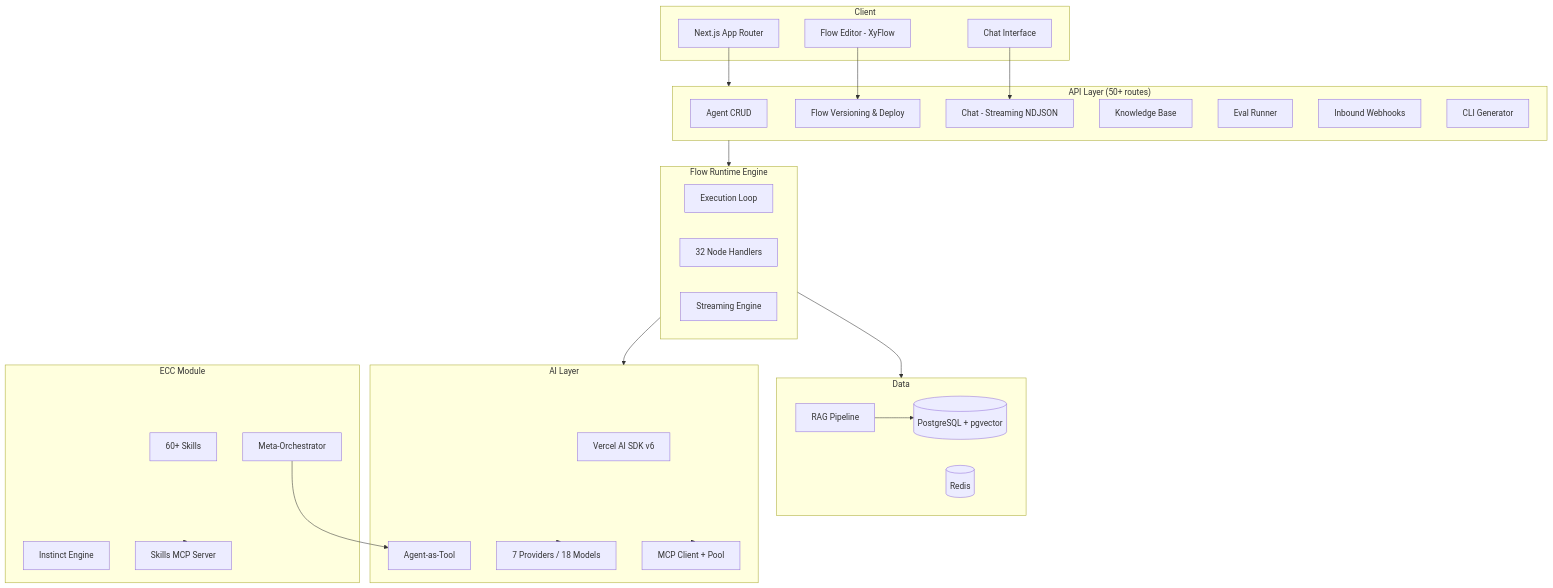
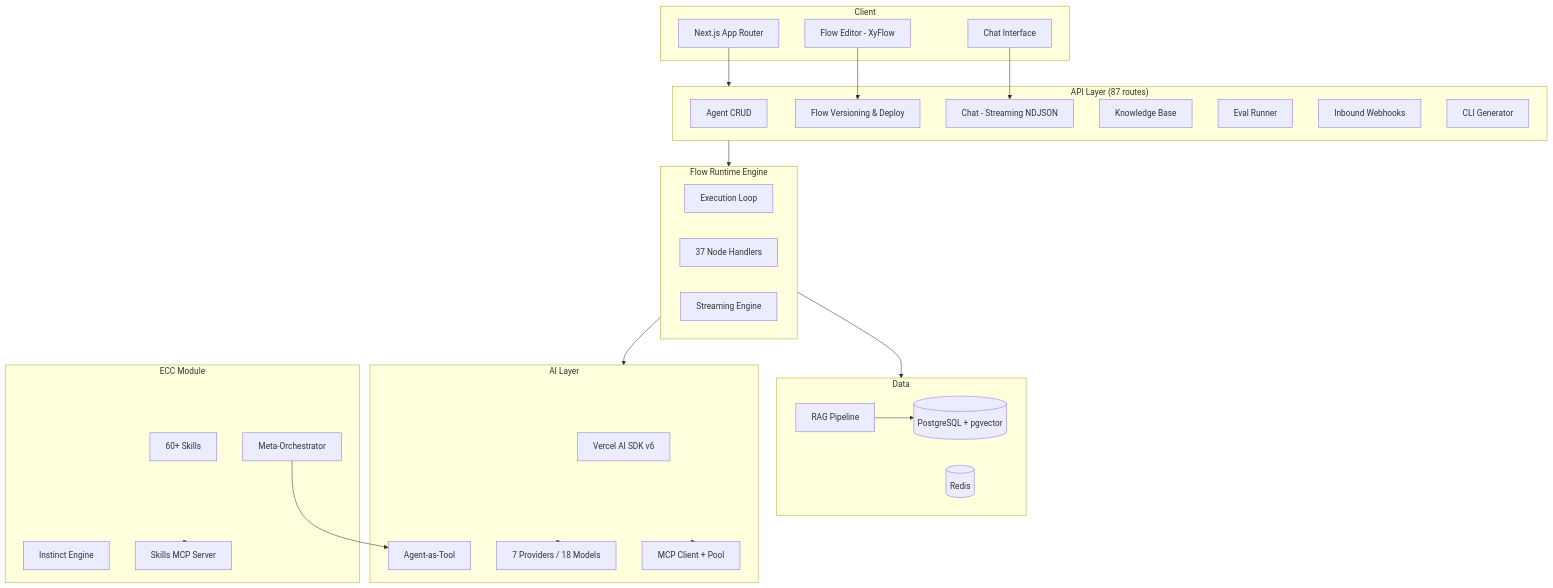
The diagram in README.md (webdevcom01-cell/agent-studio), drawn with Mermaid before and after one commit. The commit also changed other lines of this file, not shown here.

````diff
--- a/README.md
+++ b/README.md
@@ -64,56 +65,56 @@
 ```mermaid
 graph TB
     subgraph Client
         UI[Next.js App Router]
         FE[Flow Editor - XyFlow]
         Chat[Chat Interface]
     end
 
-    subgraph API["API Layer (50+ routes)"]
+    subgraph API["API Layer (87 routes)"]
         Agents[Agent CRUD]
         FlowAPI[Flow Versioning & Deploy]
         ChatAPI[Chat - Streaming NDJSON]
         KBAPI[Knowledge Base]
         Evals[Eval Runner]
         Webhooks[Inbound Webhooks]
         CLI[CLI Generator]
     end
 
     subgraph Runtime["Flow Runtime Engine"]
         Engine[Execution Loop]
-        Handlers[32 Node Handlers]
+        Handlers[37 Node Handlers]
         Stream[Streaming Engine]
     end
 
     subgraph AI["AI Layer"]
         SDK[Vercel AI SDK v6]
         Providers[7 Providers / 18 Models]
         MCP[MCP Client + Pool]
         AgentTools[Agent-as-Tool]
     end
 
     subgraph Data
         PG[(PostgreSQL + pgvector)]
         Redis[(Redis)]
         KB[RAG Pipeline]
     end
 
     subgraph ECC["ECC Module"]
         Skills[60+ Skills]
         Meta[Meta-Orchestrator]
         Learn[Instinct Engine]
         ECCMCP[Skills MCP Server]
     end
 
     UI --> API
     FE --> FlowAPI
     Chat --> ChatAPI
     API --> Runtime
     Runtime --> AI
     AI --> Providers
     AI --> MCP
     Runtime --> Data
     KB --> PG
     ECC --> ECCMCP
     Meta --> AgentTools
 ```
````
